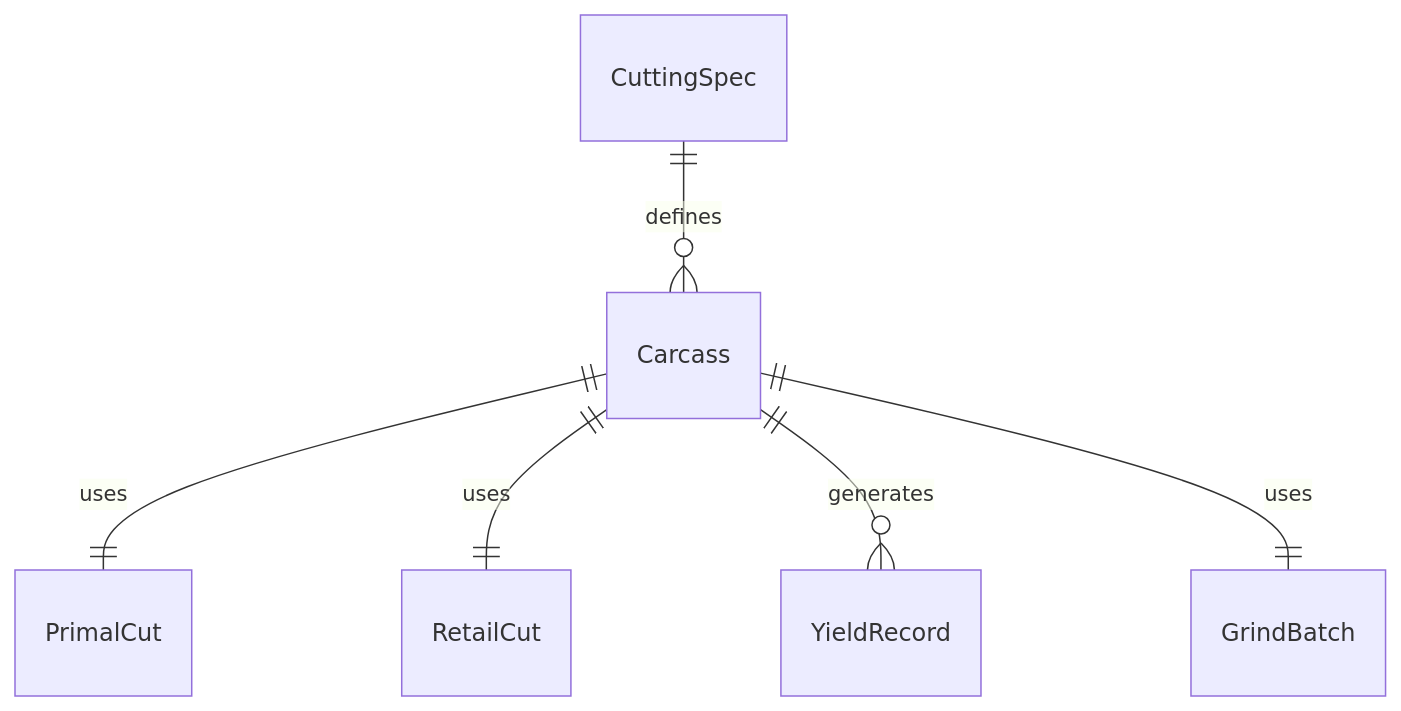
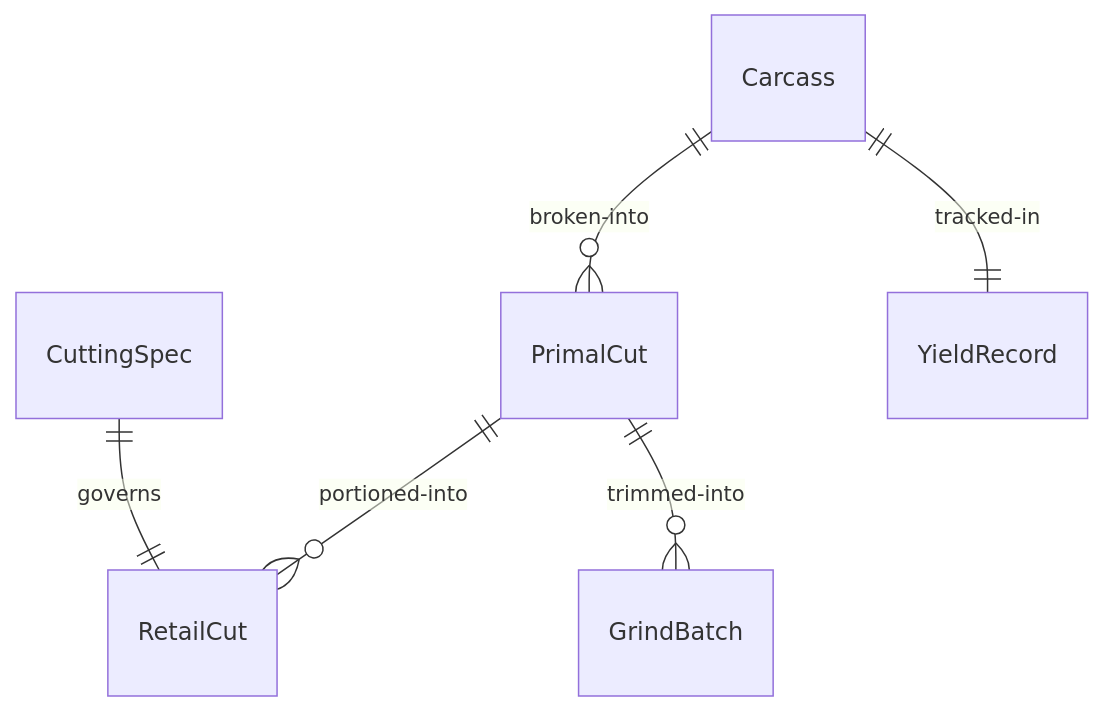
The first of 4 diagrams in HandlingAndMovingObjects/PrepareFoodsOrBeverages/CutMeatProducts.mdx (dot-org-ai/tasks.org.ai), drawn with Mermaid before and after one commit. The commit also changed other lines of this file and 515 other files, not shown here.

````diff
--- a/HandlingAndMovingObjects/PrepareFoodsOrBeverages/CutMeatProducts.mdx
+++ b/HandlingAndMovingObjects/PrepareFoodsOrBeverages/CutMeatProducts.mdx
@@ -87,8 +87,8 @@
 ```mermaid
 erDiagram
-    Carcass ||--|| PrimalCut : "uses"
-    Carcass ||--|| RetailCut : "uses"
-    CuttingSpec ||--o{ Carcass : "defines"
-    Carcass ||--o{ YieldRecord : "generates"
-    Carcass ||--|| GrindBatch : "uses"
+    Carcass ||--o{ PrimalCut : "broken-into"
+    PrimalCut ||--o{ RetailCut : "portioned-into"
+    CuttingSpec ||--|| RetailCut : "governs"
+    PrimalCut ||--o{ GrindBatch : "trimmed-into"
+    Carcass ||--|| YieldRecord : "tracked-in"
 ```
````
